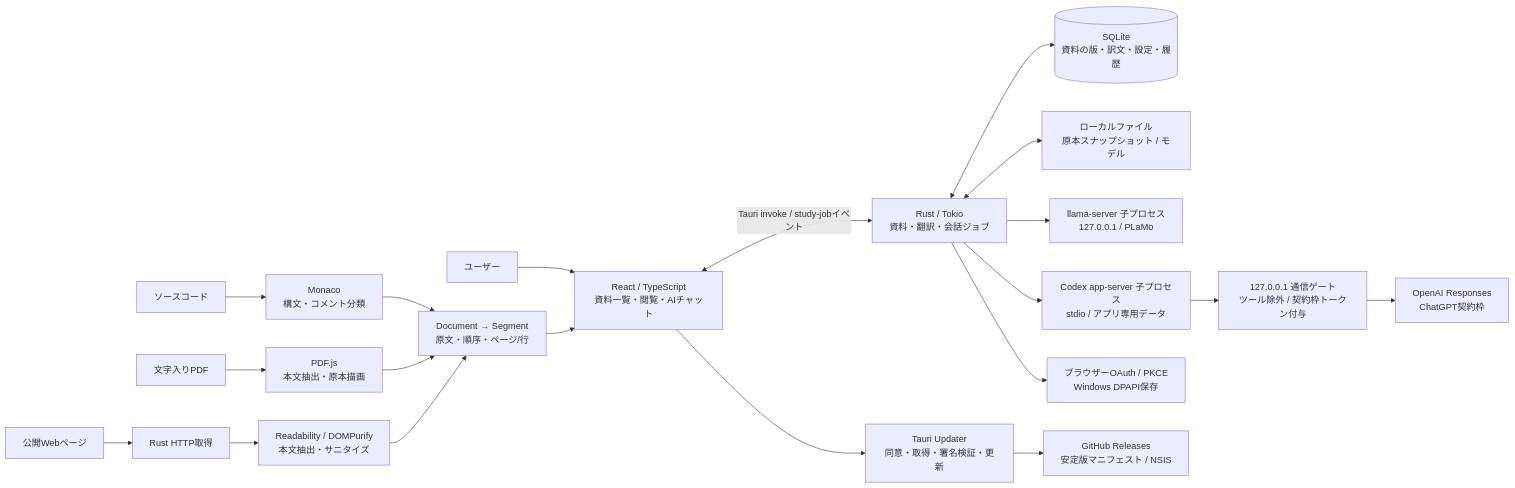
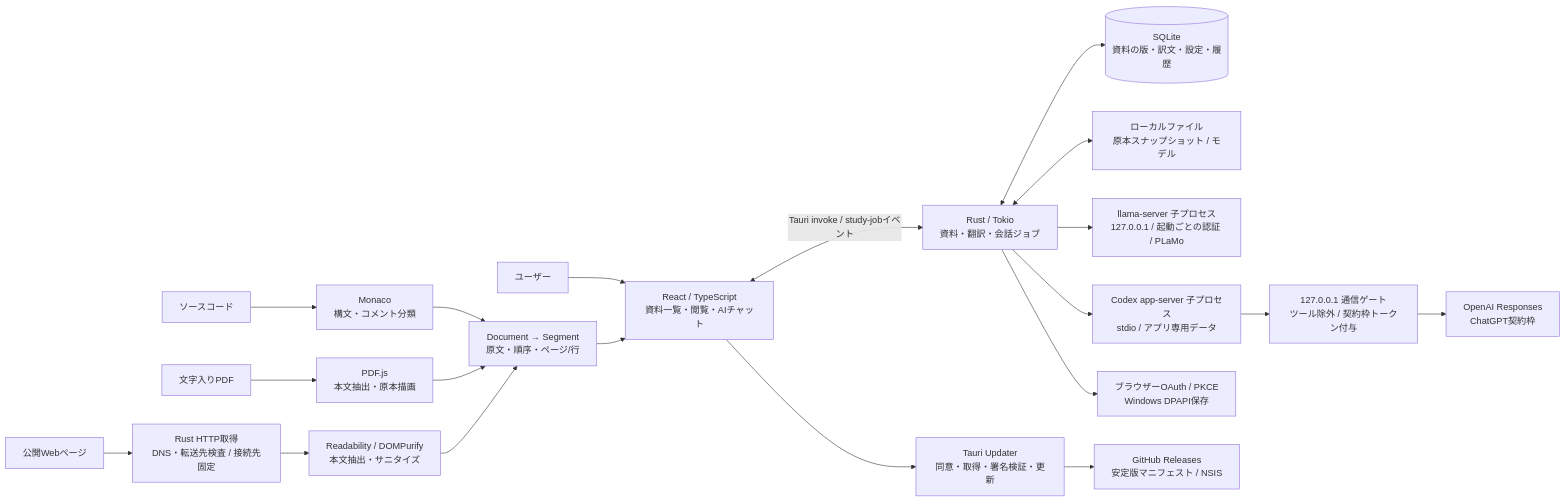
The first of 4 diagrams in docs/architecture.md (k-zshiba/Gradia), drawn with Mermaid before and after one commit. The commit also changed other lines of this file and 5 other files, not shown here.

````diff
--- a/docs/architecture.md
+++ b/docs/architecture.md
@@ -7,22 +7,22 @@
 ```mermaid
 flowchart LR
   User["ユーザー"] --> UI["React / TypeScript<br/>資料一覧・閲覧・AIチャット"]
   Code["ソースコード"] --> Monaco["Monaco<br/>構文・コメント分類"]
   PDF["文字入りPDF"] --> PDFJS["PDF.js<br/>本文抽出・原本描画"]
-  Web["公開Webページ"] --> Fetch["Rust HTTP取得"]
+  Web["公開Webページ"] --> Fetch["Rust HTTP取得<br/>DNS・転送先検査 / 接続先固定"]
   Fetch --> Readability["Readability / DOMPurify<br/>本文抽出・サニタイズ"]
   Monaco --> Docs["Document → Segment<br/>原文・順序・ページ/行"]
   PDFJS --> Docs
   Readability --> Docs
   Docs --> UI
   UI <-->|"Tauri invoke / study-jobイベント"| Rust["Rust / Tokio<br/>資料・翻訳・会話ジョブ"]
   Rust <--> DB[("SQLite<br/>資料の版・訳文・設定・履歴")]
   Rust <--> Files["ローカルファイル<br/>原本スナップショット / モデル"]
-  Rust --> Llama["llama-server 子プロセス<br/>127.0.0.1 / PLaMo"]
+  Rust --> Llama["llama-server 子プロセス<br/>127.0.0.1 / 起動ごとの認証 / PLaMo"]
   Rust --> Codex["Codex app-server 子プロセス<br/>stdio / アプリ専用データ"]
   Codex --> Gate["127.0.0.1 通信ゲート<br/>ツール除外 / 契約枠トークン付与"]
   Gate --> OpenAI["OpenAI Responses<br/>ChatGPT契約枠"]
   Rust --> Auth["ブラウザーOAuth / PKCE<br/>Windows DPAPI保存"]
   UI --> Updater["Tauri Updater<br/>同意・取得・署名検証・更新"]
   Updater --> Releases["GitHub Releases<br/>安定版マニフェスト / NSIS"]
 ```
````
